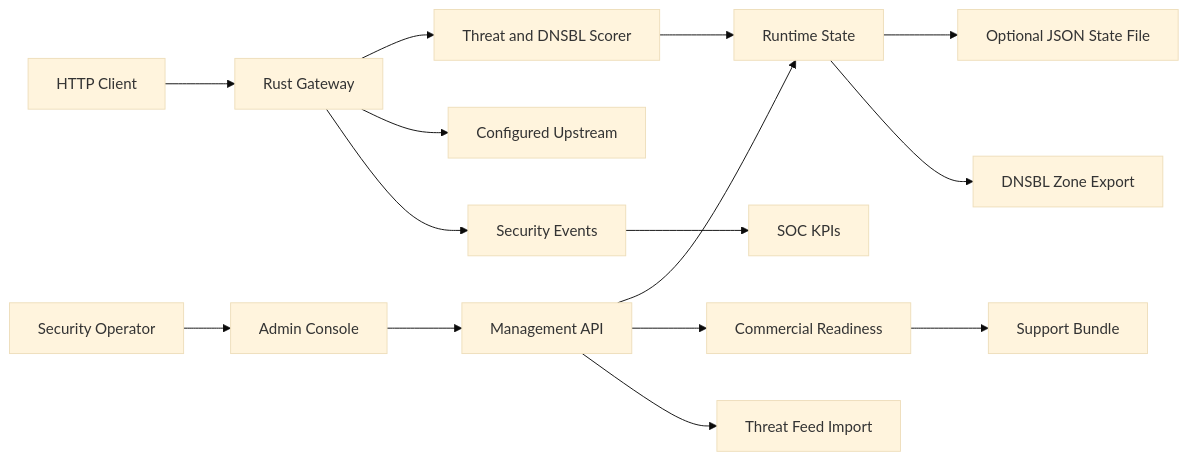
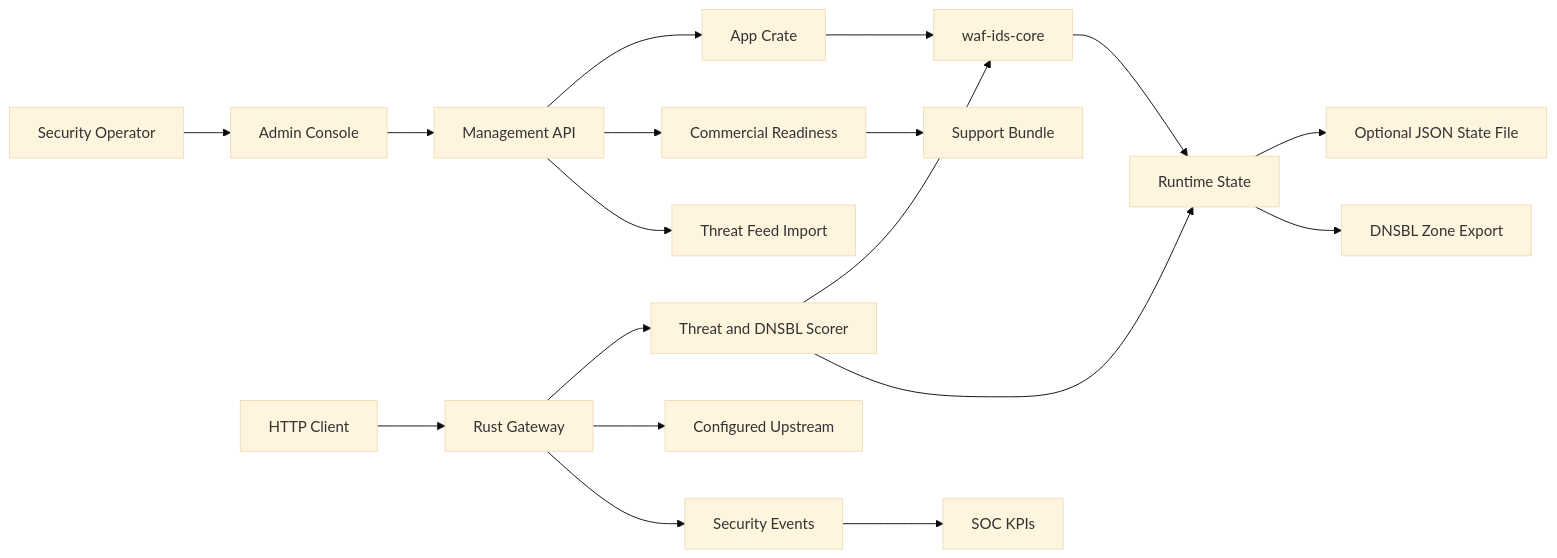
One commit to ContextualWisdomLab/wardnet changed the diagram in docs/architecture.md. Above: the diagram before and after it, drawn with Mermaid (base theme). The commit also changed other lines of this file and 14 other files, not shown here.

````diff
--- a/docs/architecture.md
+++ b/docs/architecture.md
@@ -5,17 +5,20 @@
 ```mermaid
 flowchart LR
   operator["Security Operator"] --> admin["Admin Console"]
   admin --> api["Management API"]
-  api --> state["Runtime State"]
+  api --> app["App Crate"]
+  app --> core["waf-ids-core"]
+  core --> state["Runtime State"]
   state --> file["Optional JSON State File"]
   client["HTTP Client"] --> gateway["Rust Gateway"]
   gateway --> scorer["Threat and DNSBL Scorer"]
+  scorer --> core
   scorer --> state
   gateway --> upstream["Configured Upstream"]
   gateway --> events["Security Events"]
   events --> kpis["SOC KPIs"]
   state --> zone["DNSBL Zone Export"]
   api --> commercial["Commercial Readiness"]
   api --> feeds["Threat Feed Import"]
   commercial --> bundle["Support Bundle"]
 ```
````
